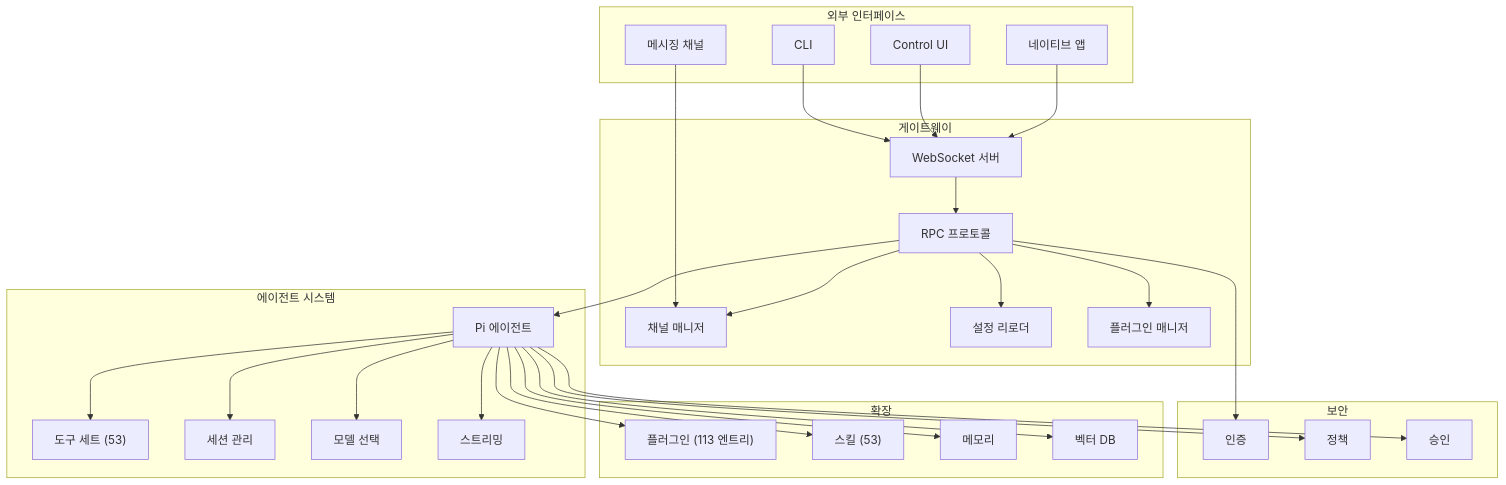
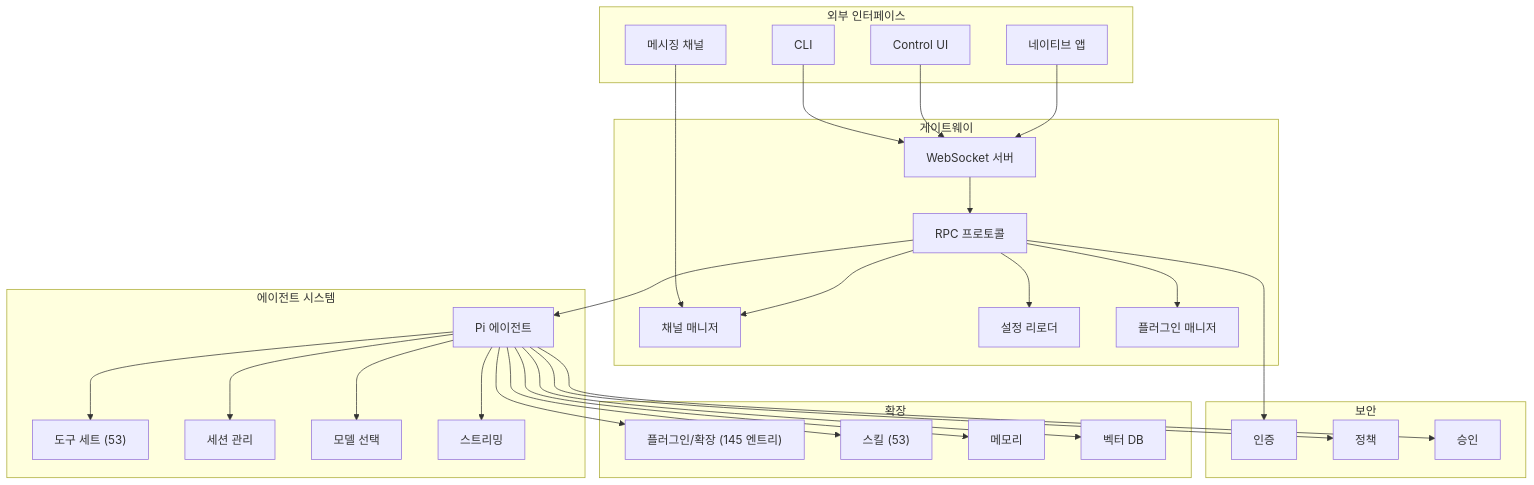
The first of 3 diagrams in openclaw분석/README.md (kgpark88/aiagent2026), drawn with Mermaid before and after one commit. The commit also changed other lines of this file and 11 other files, not shown here.

````diff
--- a/openclaw분석/README.md
+++ b/openclaw분석/README.md
@@ -27,48 +30,48 @@
 ```mermaid
 flowchart TB
     subgraph External["외부 인터페이스"]
         CLI["CLI"]
         WebUI["Control UI"]
         NativeApps["네이티브 앱"]
         Channels["메시징 채널"]
     end
 
     subgraph Gateway["게이트웨이"]
         WS["WebSocket 서버"]
         Protocol["RPC 프로토콜"]
         ChannelMgr["채널 매니저"]
         ConfigReload["설정 리로더"]
         PluginMgr["플러그인 매니저"]
     end
 
     subgraph Agent["에이전트 시스템"]
         PiAgent["Pi 에이전트"]
         Tools["도구 세트 (53)"]
         Sessions["세션 관리"]
         Models["모델 선택"]
         Streaming["스트리밍"]
     end
 
     subgraph Extensions["확장"]
-        Plugins["플러그인 (113 엔트리)"]
+        Plugins["플러그인/확장 (145 엔트리)"]
         Skills["스킬 (53)"]
         Memory["메모리"]
         VectorDB["벡터 DB"]
     end
 
     subgraph Security["보안"]
         Auth["인증"]
         Policy["정책"]
         Approval["승인"]
     end
 
     CLI & WebUI & NativeApps --> WS
     Channels --> ChannelMgr
     WS --> Protocol
     Protocol --> ChannelMgr & ConfigReload & PluginMgr
     Protocol --> PiAgent
     PiAgent --> Tools & Sessions & Models & Streaming
     PiAgent --> Plugins & Skills & Memory & VectorDB
     Protocol --> Auth
     PiAgent --> Policy & Approval
 ```
````
